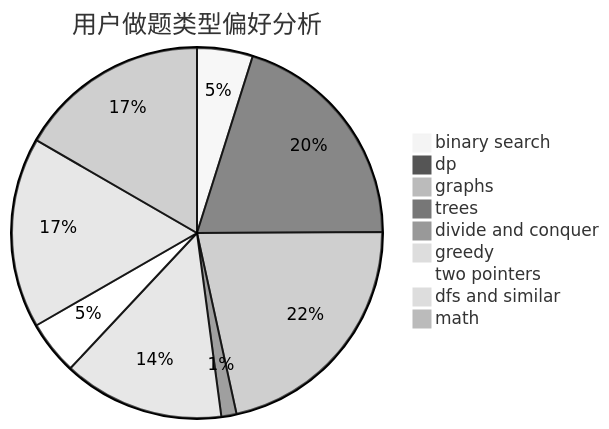
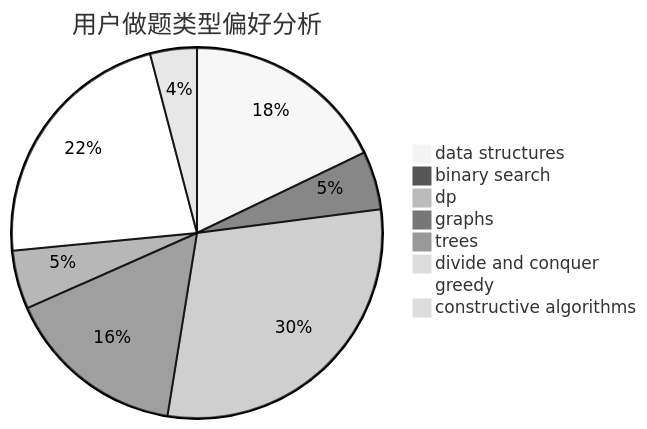
Before and after one commit to sherpahu/cfrs.github.io: the second of 3 diagrams in docs/user/u914.md, drawn with Mermaid (neutral theme). The commit also changed other lines of this file and 2775 other files, not shown here.

````diff
--- a/docs/user/u914.md
+++ b/docs/user/u914.md
@@ -23,12 +23,11 @@
 ```mermaid
 pie title 用户做题类型偏好分析
-    "binary search" :  66
-    "dp" :  272
-    "graphs" :  294
-    "trees" :  18
+    "data structures" :  35
+    "binary search" :  10
+    "dp" :  58
+    "graphs" :  31
+    "trees" :  10
     "divide and conquer" :  0
-    "greedy" :  191
-    "two pointers" :  64
-    "dfs and similar" :  226
-    "math" :  226
+    "greedy" :  44
+    "constructive algorithms" :  8
 ```
````
